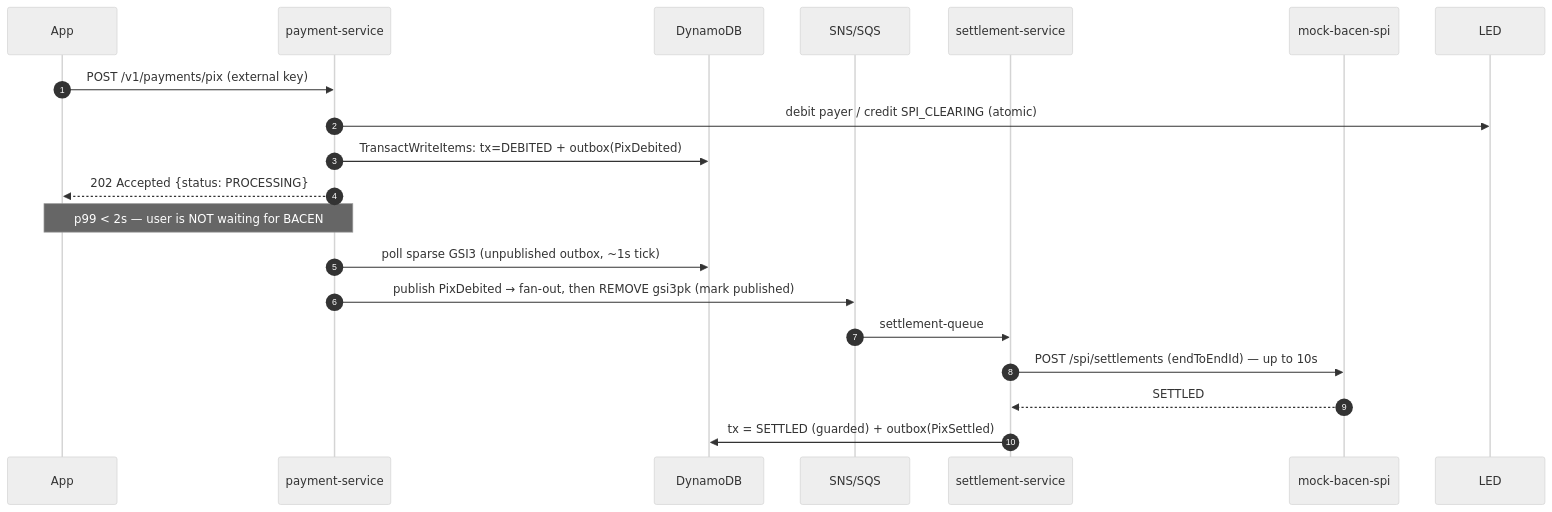
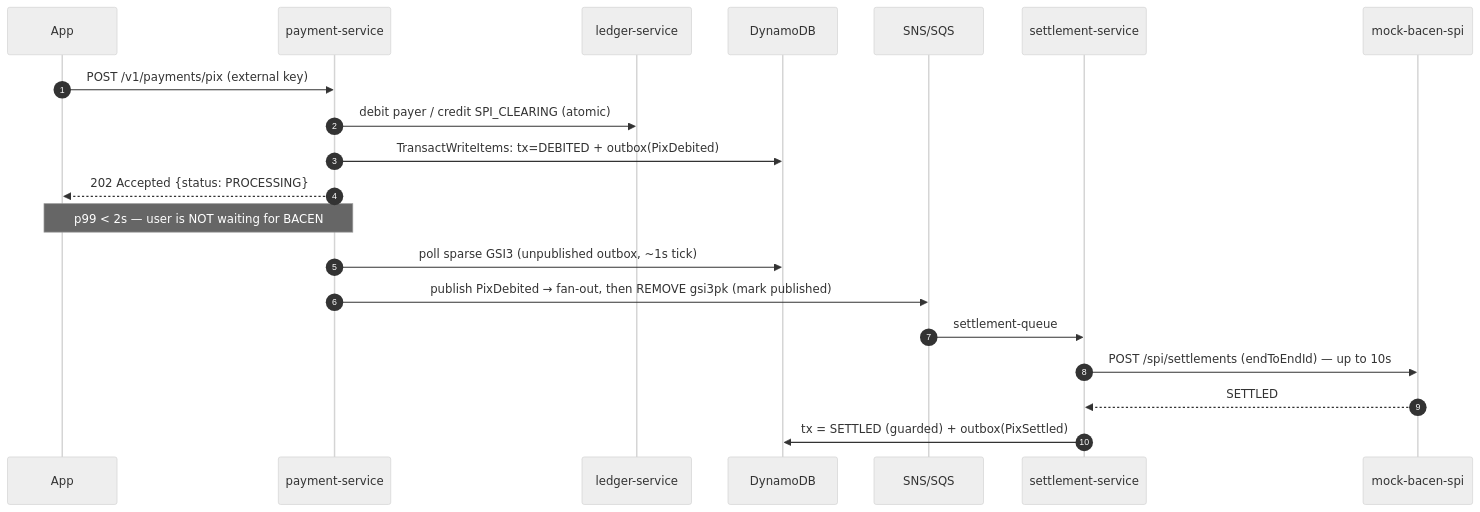
One commit to filiperibolli/platinumcoin-pix changed the ninth of 13 diagrams in ARCHITECTURE.md. Above: the diagram before and after it, drawn with Mermaid (neutral theme). The commit also changed other lines of this file and 25 other files, not shown here.

First line of the commit message:
docs: resolve spec inconsistencies across architecture, data model, API and steps

````diff
--- a/ARCHITECTURE.md
+++ b/ARCHITECTURE.md
@@ -449,21 +453,22 @@
 ```mermaid
 sequenceDiagram
     autonumber
     participant App
     participant PAY as payment-service
+    participant LED as ledger-service
     participant DDB as DynamoDB
     participant SNS as SNS/SQS
     participant SET as settlement-service
     participant SPI as mock-bacen-spi
     App->>PAY: POST /v1/payments/pix (external key)
     PAY->>LED: debit payer / credit SPI_CLEARING (atomic)
     PAY->>DDB: TransactWriteItems: tx=DEBITED + outbox(PixDebited)
     PAY-->>App: 202 Accepted {status: PROCESSING}
     Note over App,PAY: p99 < 2s — user is NOT waiting for BACEN
     PAY->>DDB: poll sparse GSI3 (unpublished outbox, ~1s tick)
     PAY->>SNS: publish PixDebited → fan-out, then REMOVE gsi3pk (mark published)
     SNS->>SET: settlement-queue
     SET->>SPI: POST /spi/settlements (endToEndId) — up to 10s
     SPI-->>SET: SETTLED
     SET->>DDB: tx = SETTLED (guarded) + outbox(PixSettled)
 ```
````
